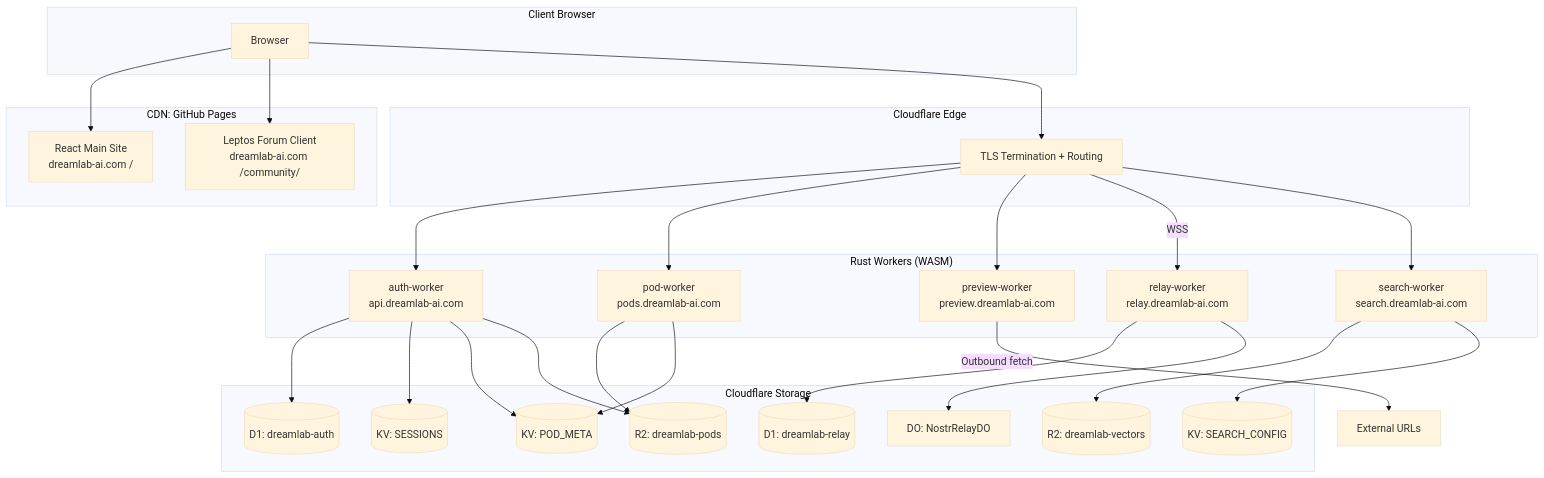
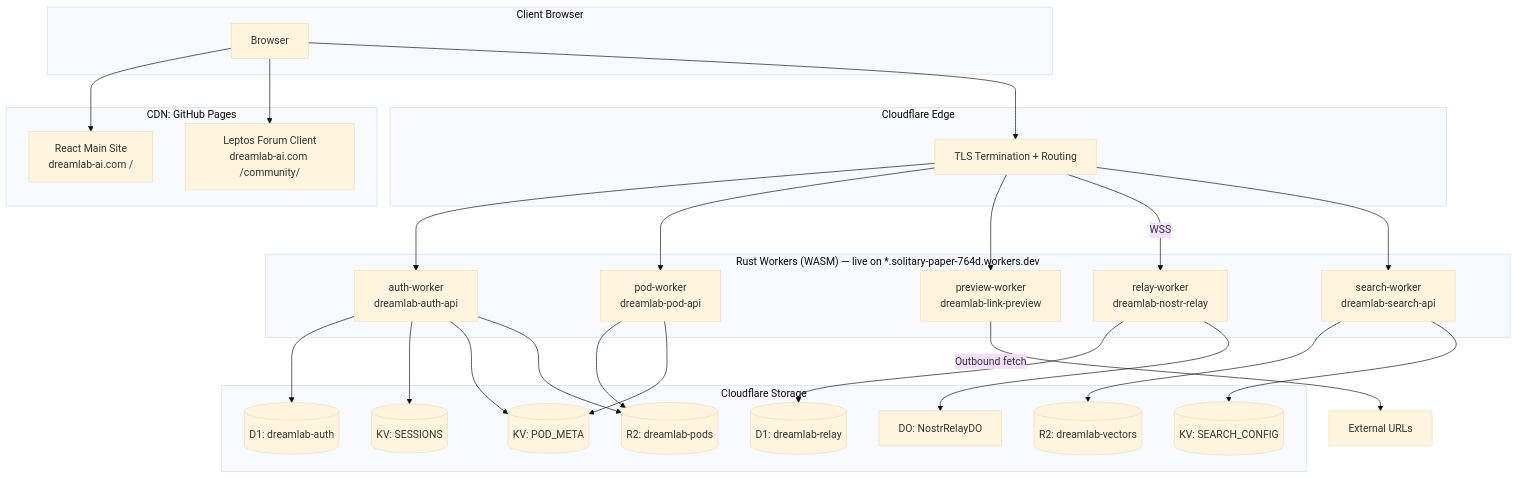
One commit to DreamLab-AI/dreamlab-ai-website changed the first of 3 diagrams in docs/deployment/README.md. Above: the diagram before and after it, drawn with Mermaid (base theme). The commit also changed other lines of this file and 25 other files, not shown here.

First line of the commit message:
docs(diagrams): verify mermaid diagrams against deployed code; refresh pins, label aspirational flows and known gaps

````diff
--- a/docs/deployment/README.md
+++ b/docs/deployment/README.md
@@ -22,60 +24,60 @@
 ```mermaid
 graph TB
     subgraph "Client Browser"
         BROWSER[Browser]
     end
 
     subgraph "CDN: GitHub Pages"
         REACT[React Main Site<br/>dreamlab-ai.com /]
         LEPTOS[Leptos Forum Client<br/>dreamlab-ai.com /community/]
     end
 
     subgraph "Cloudflare Edge"
         CF_EDGE[TLS Termination + Routing]
     end
 
-    subgraph "Rust Workers (WASM)"
-        AUTH_W[auth-worker<br/>api.dreamlab-ai.com]
-        POD_W[pod-worker<br/>pods.dreamlab-ai.com]
-        PREVIEW_W[preview-worker<br/>preview.dreamlab-ai.com]
-        RELAY_W[relay-worker<br/>relay.dreamlab-ai.com]
-        SEARCH_W[search-worker<br/>search.dreamlab-ai.com]
+    subgraph "Rust Workers (WASM) — live on *.solitary-paper-764d.workers.dev"
+        AUTH_W[auth-worker<br/>dreamlab-auth-api]
+        POD_W[pod-worker<br/>dreamlab-pod-api]
+        PREVIEW_W[preview-worker<br/>dreamlab-link-preview]
+        RELAY_W[relay-worker<br/>dreamlab-nostr-relay]
+        SEARCH_W[search-worker<br/>dreamlab-search-api]
     end
 
     subgraph "Cloudflare Storage"
         D1_AUTH[(D1: dreamlab-auth)]
         D1_RELAY[(D1: dreamlab-relay)]
         KV_SESSIONS[(KV: SESSIONS)]
         KV_POD_META[(KV: POD_META)]
         KV_SEARCH[(KV: SEARCH_CONFIG)]
         R2_PODS[(R2: dreamlab-pods)]
         R2_VECTORS[(R2: dreamlab-vectors)]
         DO[DO: NostrRelayDO]
     end
 
     BROWSER --> REACT
     BROWSER --> LEPTOS
     BROWSER --> CF_EDGE
 
     CF_EDGE --> AUTH_W
     CF_EDGE --> POD_W
     CF_EDGE --> PREVIEW_W
     CF_EDGE -- "WSS" --> RELAY_W
     CF_EDGE --> SEARCH_W
 
     AUTH_W --> D1_AUTH
     AUTH_W --> KV_SESSIONS
     AUTH_W --> KV_POD_META
     AUTH_W --> R2_PODS
 
     POD_W --> R2_PODS
     POD_W --> KV_POD_META
 
     PREVIEW_W -- "Outbound fetch" --> EXTERNAL[External URLs]
 
     RELAY_W --> D1_RELAY
     RELAY_W --> DO
 
     SEARCH_W --> R2_VECTORS
     SEARCH_W --> KV_SEARCH
 ```
````
